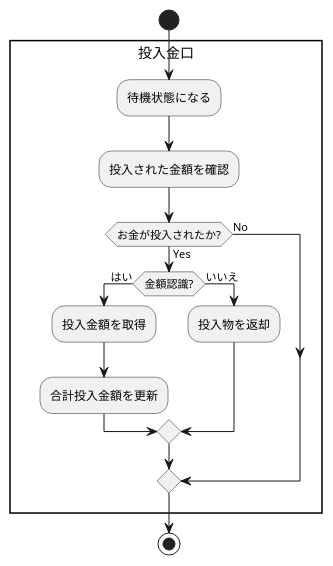
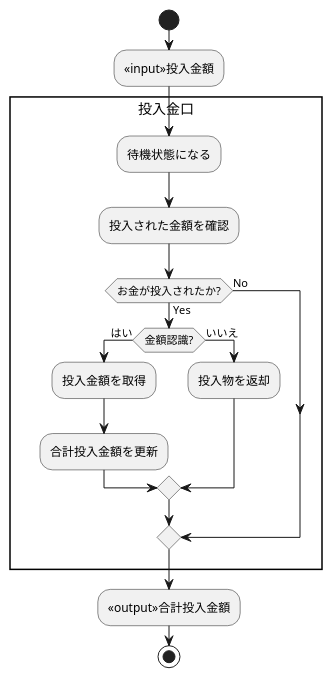
One commit to masaki-kato-119/VendingMachine changed the diagram in アクティビティ図_機能/お金投入を監視する.wsd. Above: the diagram before and after it, drawn with PlantUML. The commit also changed 11 other files, not shown here.

Commit message:
Add sequence diagrams to verify functionality

```diff
--- a/アクティビティ図_機能/お金投入を監視する.wsd
+++ b/アクティビティ図_機能/お金投入を監視する.wsd
@@ -1,17 +1,19 @@
 @startuml
 start
+:<<input>>投入金額;
 rectangle 投入金口 {
     :待機状態になる;
     :投入された金額を確認;
     if (お金が投入されたか?) then (Yes)
         if (金額認識?) then (はい)
             :投入金額を取得;
             :合計投入金額を更新;
         else (いいえ)
             :投入物を返却;
         endif
     else (No)
     endif
 }
+:<<output>>合計投入金額;
 stop
 @enduml
```
